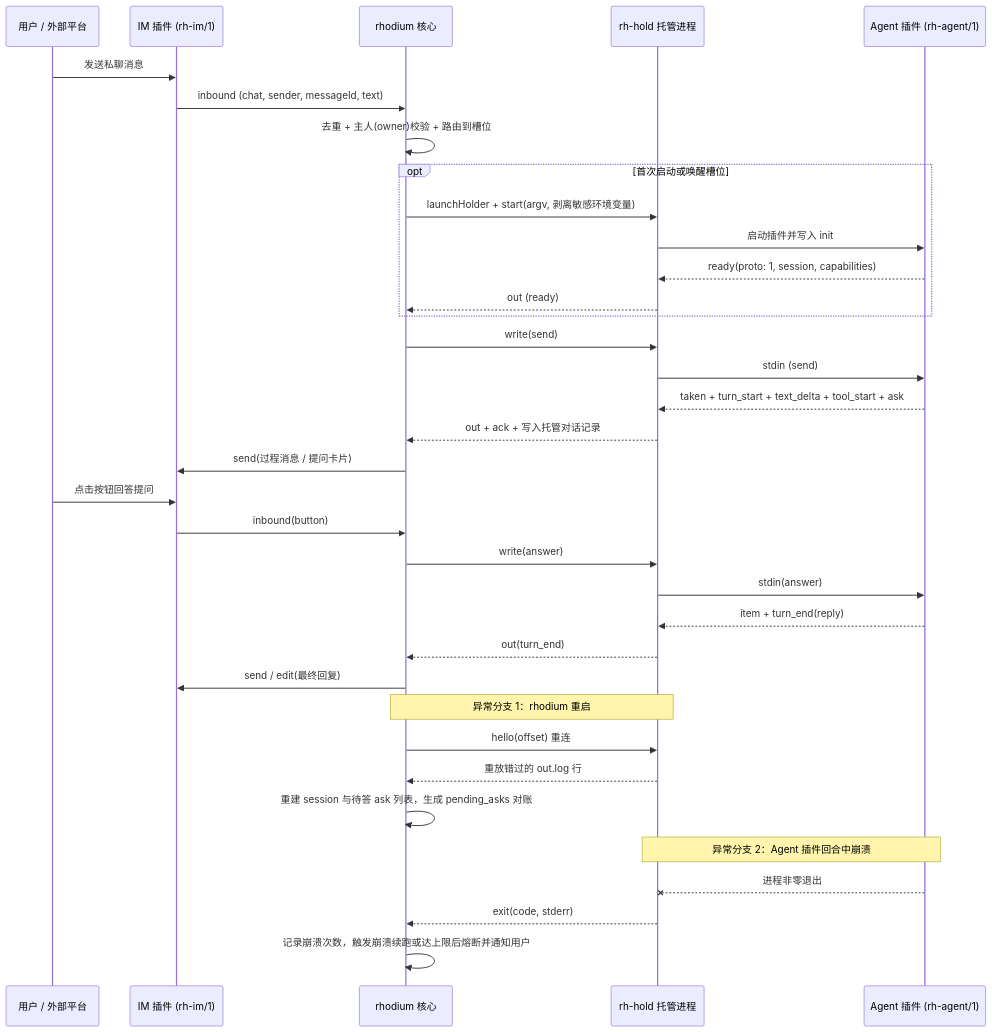
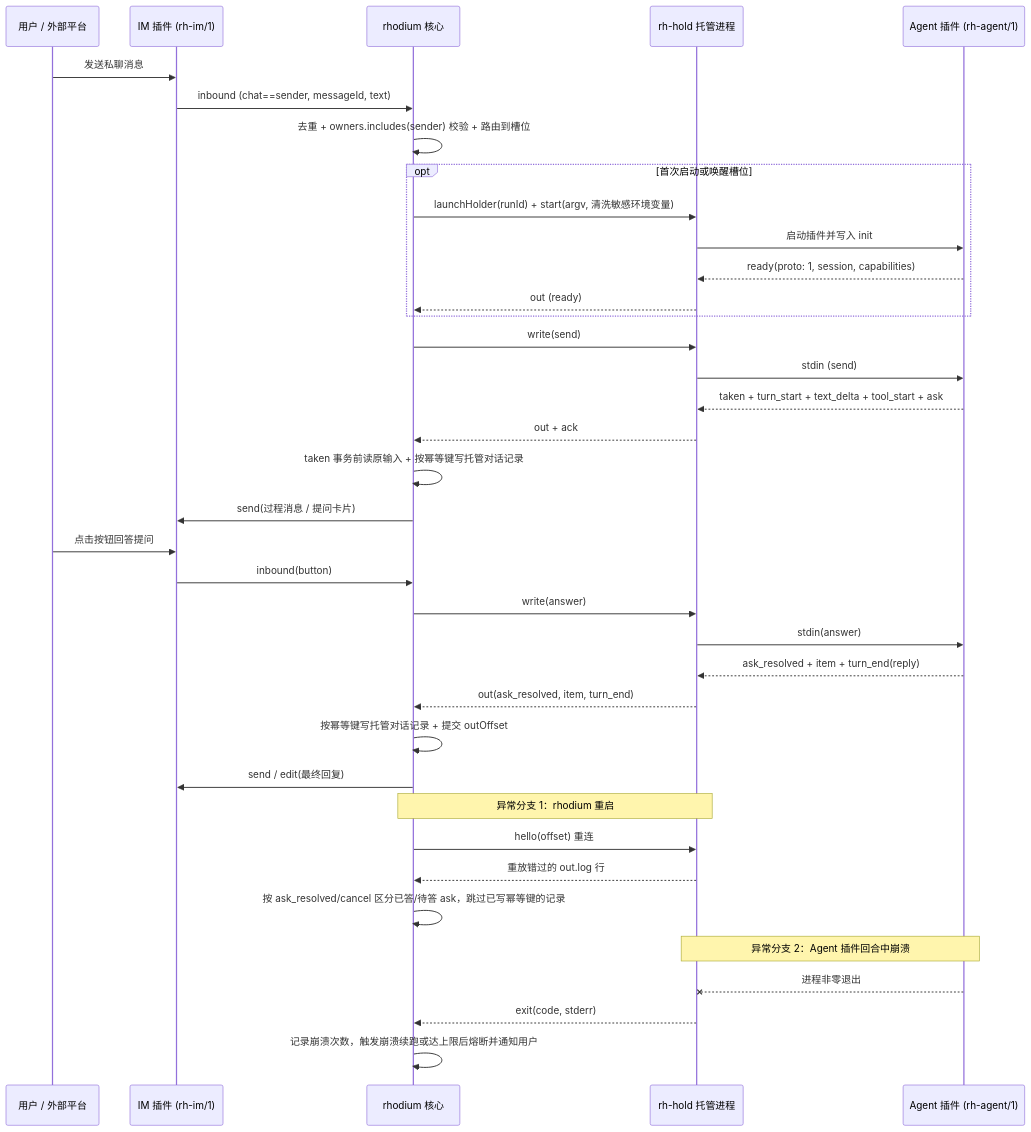
Before and after one commit to Rhapsody0x1/Rhodium-OSS: the second of 3 diagrams in docs/spec/plugins.md, drawn with Mermaid. The commit also changed other lines of this file and 1 other file, not shown here.

````diff
--- a/docs/spec/plugins.md
+++ b/docs/spec/plugins.md
@@ -80,40 +80,42 @@
 ```mermaid
 sequenceDiagram
   participant U as 用户 / 外部平台
   participant IM as IM 插件 (rh-im/1)
   participant C as rhodium 核心
   participant H as rh-hold 托管进程
   participant A as Agent 插件 (rh-agent/1)
 
   U->>IM: 发送私聊消息
-  IM->>C: inbound (chat, sender, messageId, text)
-  C->>C: 去重 + 主人(owner)校验 + 路由到槽位
+  IM->>C: inbound (chat==sender, messageId, text)
+  C->>C: 去重 + owners.includes(sender) 校验 + 路由到槽位
   opt 首次启动或唤醒槽位
-    C->>H: launchHolder + start(argv, 剥离敏感环境变量)
+    C->>H: launchHolder(runId) + start(argv, 清洗敏感环境变量)
     H->>A: 启动插件并写入 init
     A-->>H: ready(proto: 1, session, capabilities)
     H-->>C: out (ready)
   end
   C->>H: write(send)
   H->>A: stdin (send)
   A-->>H: taken + turn_start + text_delta + tool_start + ask
-  H-->>C: out + ack + 写入托管对话记录
+  H-->>C: out + ack
+  C->>C: taken 事务前读原输入 + 按幂等键写托管对话记录
   C->>IM: send(过程消息 / 提问卡片)
   U->>IM: 点击按钮回答提问
   IM->>C: inbound(button)
   C->>H: write(answer)
   H->>A: stdin(answer)
-  A-->>H: item + turn_end(reply)
-  H-->>C: out(turn_end)
+  A-->>H: ask_resolved + item + turn_end(reply)
+  H-->>C: out(ask_resolved, item, turn_end)
+  C->>C: 按幂等键写托管对话记录 + 提交 outOffset
   C->>IM: send / edit(最终回复)
 
   Note over C,H: 异常分支 1：rhodium 重启
   C->>H: hello(offset) 重连
   H-->>C: 重放错过的 out.log 行
-  C->>C: 重建 session 与待答 ask 列表，生成 pending_asks 对账
+  C->>C: 按 ask_resolved/cancel 区分已答/待答 ask，跳过已写幂等键的记录
 
   Note over H,A: 异常分支 2：Agent 插件回合中崩溃
   A--xH: 进程非零退出
   H-->>C: exit(code, stderr)
   C->>C: 记录崩溃次数，触发崩溃续跑或达上限后熔断并通知用户
 ```
````
